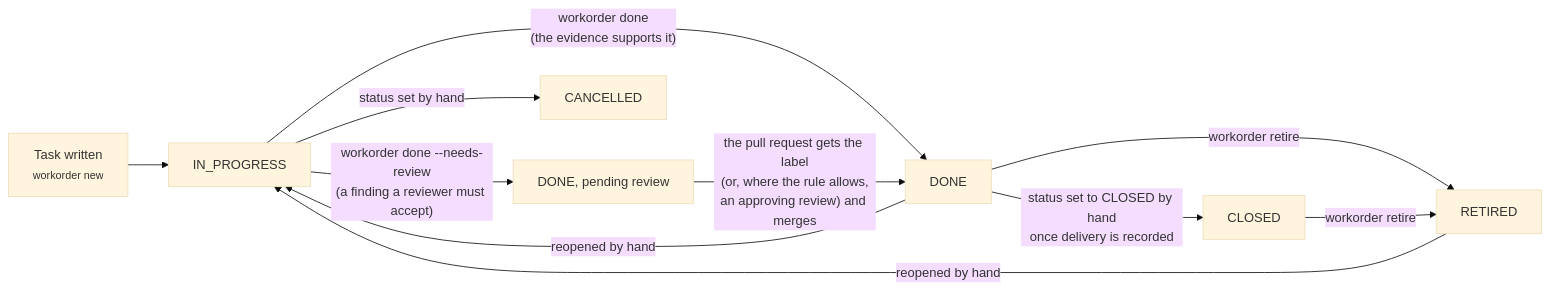
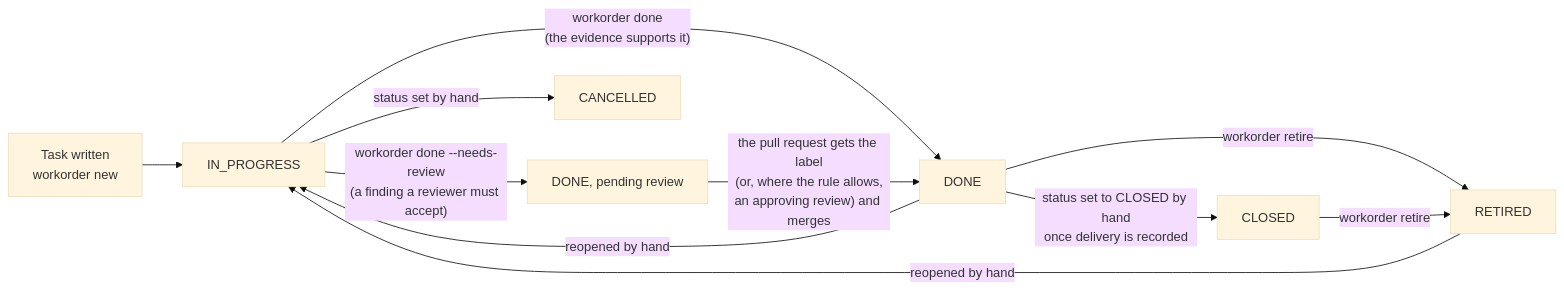
Before and after one commit to Argento17/notquite: the first of 3 diagrams in docs/how-it-works.md, drawn with Mermaid (base theme). The commit also changed other lines of this file and 2 other files, not shown here.

First line of the commit message:
Charts: plain text lines; GitHub cut off the small-text lines

````diff
--- a/docs/how-it-works.md
+++ b/docs/how-it-works.md
@@ -13,13 +13,13 @@
 ```mermaid
 flowchart LR
-    N["Task written<br/><small>workorder new</small>"] --> IP["IN_PROGRESS"]
+    N["Task written<br/>workorder new"] --> IP["IN_PROGRESS"]
     IP -->|"workorder done<br/>(the evidence supports it)"| D["DONE"]
     IP -->|"workorder done --needs-review<br/>(a finding a reviewer must accept)"| P["DONE, pending review"]
     P -->|"the pull request gets the label<br/>(or, where the rule allows,<br/>an approving review) and merges"| D
     D -->|"status set to CLOSED by hand<br/>once delivery is recorded"| C["CLOSED"]
     D -->|"workorder retire"| R["RETIRED"]
     C -->|"workorder retire"| R
     D -->|"reopened by hand"| IP
     R -->|"reopened by hand"| IP
     IP -->|"status set by hand"| X["CANCELLED"]
 ```
````
